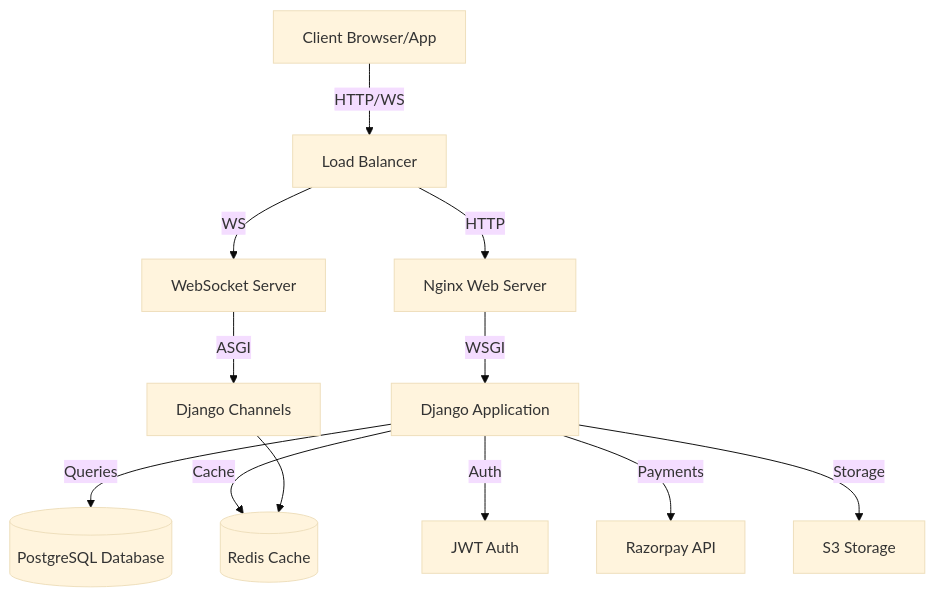
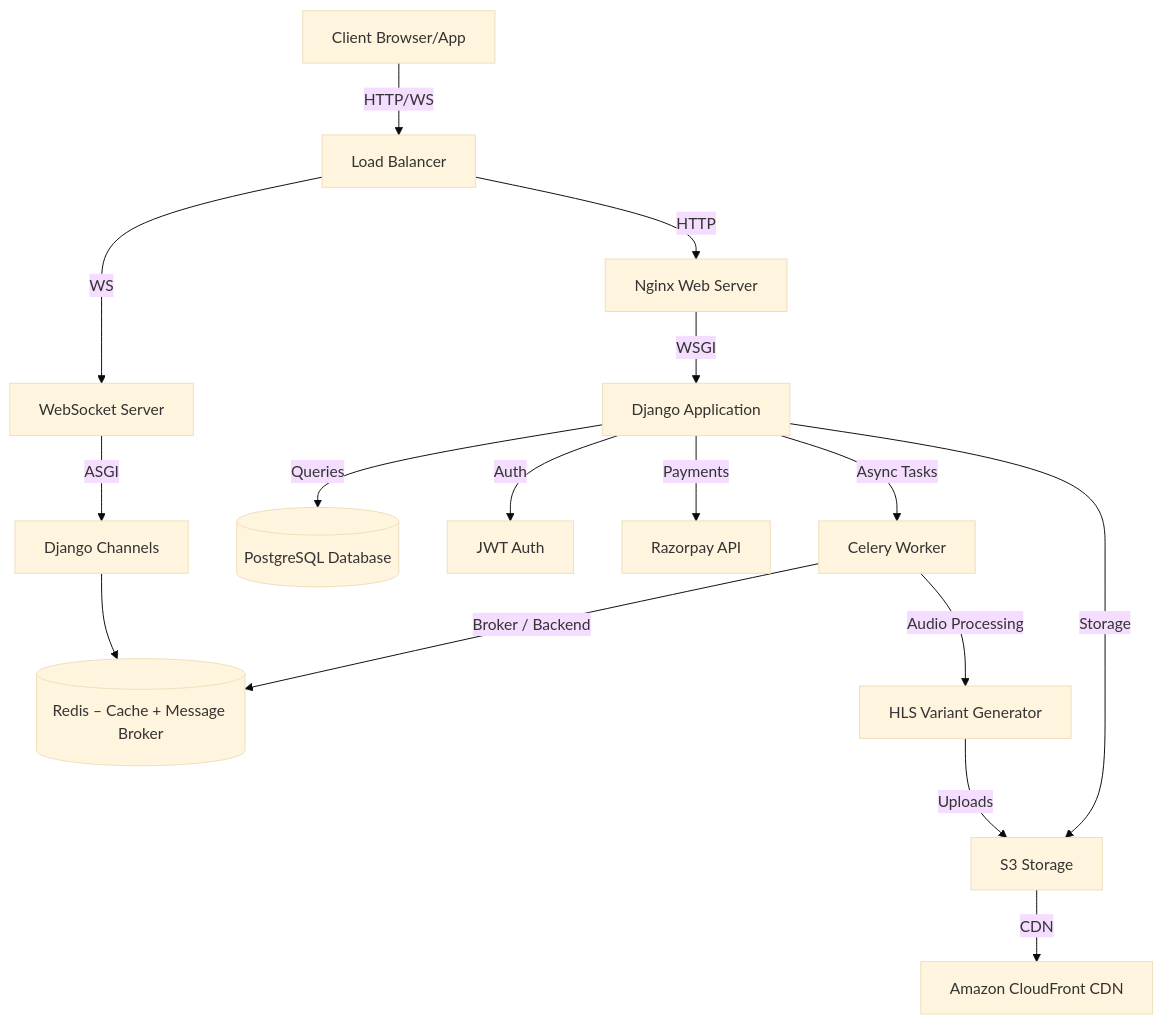
Before and after one commit to affilpm/wave: the diagram in README.md, drawn with Mermaid (base theme). The commit also changed other lines of this file, not shown here.

````diff
--- a/README.md
+++ b/README.md
@@ -157,14 +144,18 @@
 ```mermaid
 graph TD
     Client[Client Browser/App] --> |HTTP/WS| LoadBalancer[Load Balancer]
     LoadBalancer --> |HTTP| WebServer[Nginx Web Server]
     LoadBalancer --> |WS| WSServer[WebSocket Server]
     WebServer --> |WSGI| DjangoApp[Django Application]
     WSServer --> |ASGI| Channels[Django Channels]
     DjangoApp --> |Queries| PostgreSQL[(PostgreSQL Database)]
-    DjangoApp --> |Cache| Redis[(Redis Cache)]
     DjangoApp --> |Auth| JWT[JWT Auth]
     DjangoApp --> |Payments| Razorpay[Razorpay API]
     DjangoApp --> |Storage| S3[S3 Storage]
+    DjangoApp --> |Async Tasks| Celery[Celery Worker]
+    Celery --> |Broker / Backend| Redis[(Redis – Cache + Message Broker)]
+    Celery --> |Audio Processing| HLS[HLS Variant Generator]
+    HLS --> |Uploads| S3
+    S3 --> |CDN| CloudFront[Amazon CloudFront CDN]
     Channels --> Redis
 ```
````
